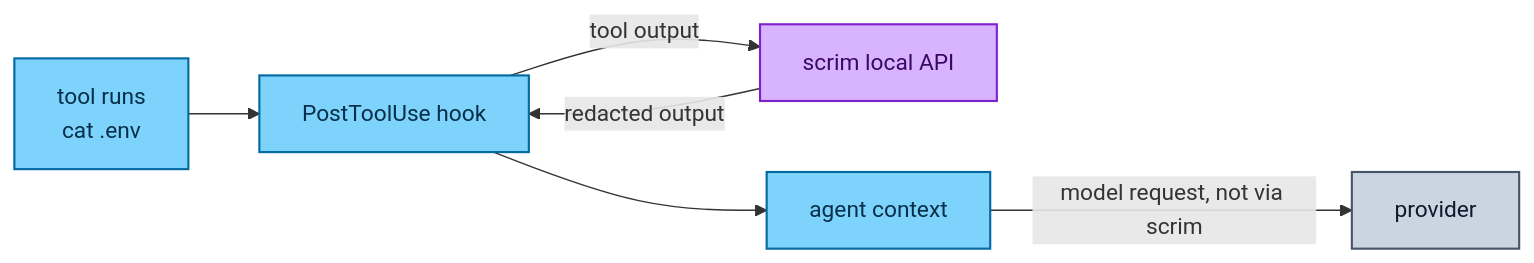
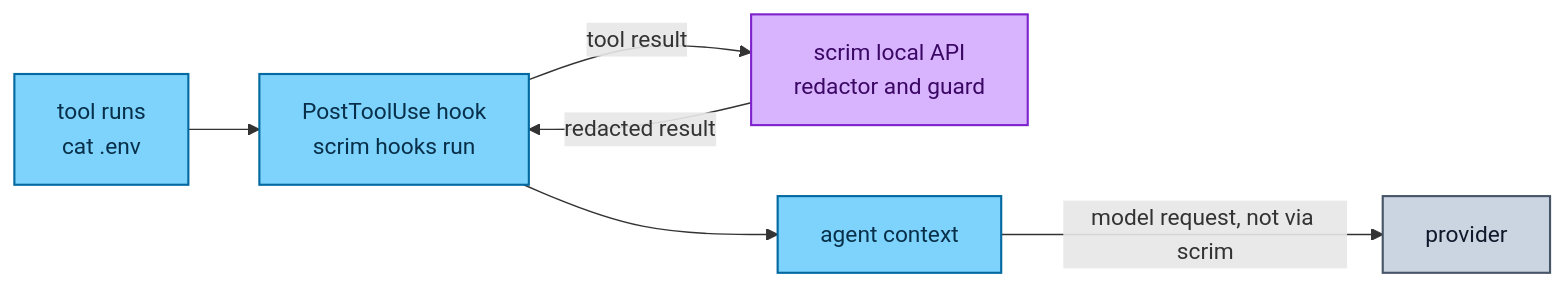
One commit to Heliopsy/scrim changed the seventh of 9 diagrams in docs/interception.md. Above: the diagram before and after it, drawn with Mermaid. The commit also changed other lines of this file and 27 other files, not shown here.

First line of the commit message:
feat(install): agent hooks and managed agent settings modes

````diff
--- a/docs/interception.md
+++ b/docs/interception.md
@@ -563,13 +566,13 @@
 ```mermaid
 flowchart LR
-  tool["tool runs<br>cat .env"] --> hook["PostToolUse hook"]
-  hook -- "tool output" --> api["scrim local API"]
-  api -- "redacted output" --> hook --> agent["agent context"]
+  tool["tool runs<br>cat .env"] --> hook["PostToolUse hook<br>scrim hooks run"]
+  hook -- "tool result" --> api["scrim local API<br>redactor and guard"]
+  api -- "redacted result" --> hook --> agent["agent context"]
   agent -- "model request, not via scrim" --> prov["provider"]
   classDef agent fill:#7dd3fc,stroke:#0369a1,stroke-width:1.5px,color:#082f49
   classDef cplane fill:#d8b4fe,stroke:#7e22ce,stroke-width:1.5px,color:#3b0764
   classDef ext fill:#cbd5e1,stroke:#475569,stroke-width:1.5px,color:#0f172a
   class tool,hook,agent agent
   class api cplane
   class prov ext
 ```
````
